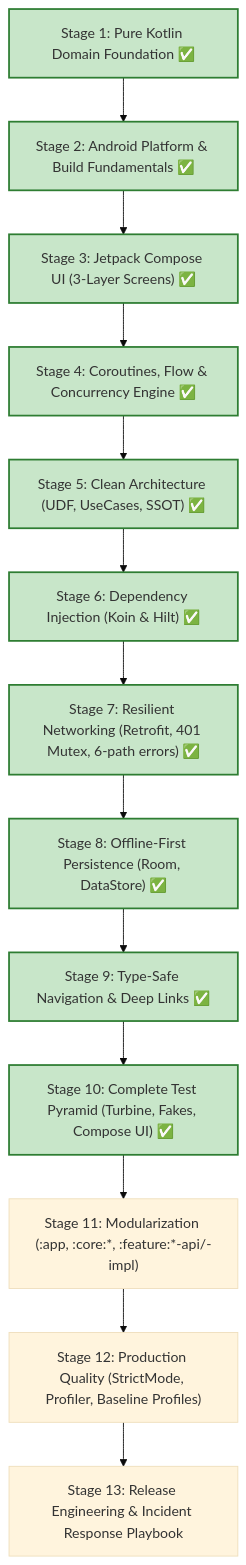
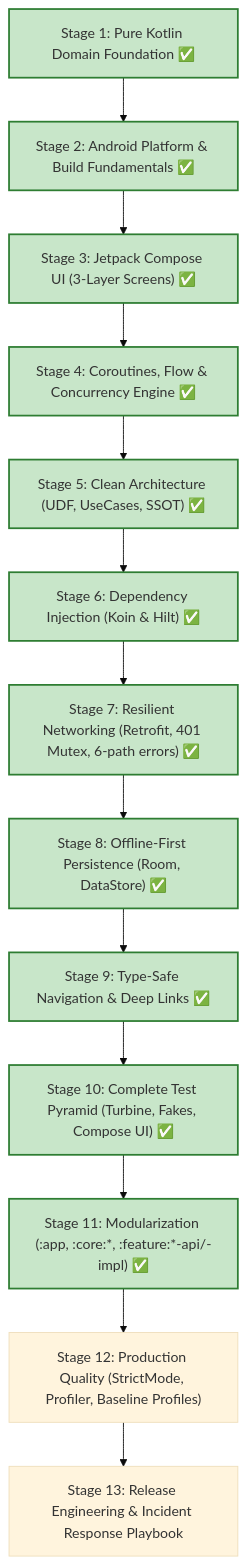
One commit to rohitlavate97/android-development changed the first of 2 diagrams in enterprise-finance-tracker-real-time-app/README.md. Above: the diagram before and after it, drawn with Mermaid (base theme). The commit also changed other lines of this file and 94 other files, not shown here.

Commit message:
feat(stage-11): Refactor into multi-module architecture with :app, :core:*, and :feature:* modules

````diff
--- a/enterprise-finance-tracker-real-time-app/README.md
+++ b/enterprise-finance-tracker-real-time-app/README.md
@@ -21,26 +21,27 @@
 ```mermaid
 graph TD
     S01["Stage 1: Pure Kotlin Domain Foundation ✅"] --> S02["Stage 2: Android Platform & Build Fundamentals ✅"]
     S02 --> S03["Stage 3: Jetpack Compose UI (3-Layer Screens) ✅"]
     S03 --> S04["Stage 4: Coroutines, Flow & Concurrency Engine ✅"]
     S04 --> S05["Stage 5: Clean Architecture (UDF, UseCases, SSOT) ✅"]
     S05 --> S06["Stage 6: Dependency Injection (Koin & Hilt) ✅"]
     S06 --> S07["Stage 7: Resilient Networking (Retrofit, 401 Mutex, 6-path errors) ✅"]
     S07 --> S08["Stage 8: Offline-First Persistence (Room, DataStore) ✅"]
     S08 --> S09["Stage 9: Type-Safe Navigation & Deep Links ✅"]
     S09 --> S10["Stage 10: Complete Test Pyramid (Turbine, Fakes, Compose UI) ✅"]
-    S10 --> S11["Stage 11: Modularization (:app, :core:*, :feature:*-api/-impl)"]
+    S10 --> S11["Stage 11: Modularization (:app, :core:*, :feature:*-api/-impl) ✅"]
     S11 --> S12["Stage 12: Production Quality (StrictMode, Profiler, Baseline Profiles)"]
     S12 --> S13["Stage 13: Release Engineering & Incident Response Playbook"]
 
     style S01 fill:#c8e6c9,stroke:#2e7d32,stroke-width:2px
     style S02 fill:#c8e6c9,stroke:#2e7d32,stroke-width:2px
     style S03 fill:#c8e6c9,stroke:#2e7d32,stroke-width:2px
     style S04 fill:#c8e6c9,stroke:#2e7d32,stroke-width:2px
     style S05 fill:#c8e6c9,stroke:#2e7d32,stroke-width:2px
     style S06 fill:#c8e6c9,stroke:#2e7d32,stroke-width:2px
     style S07 fill:#c8e6c9,stroke:#2e7d32,stroke-width:2px
     style S08 fill:#c8e6c9,stroke:#2e7d32,stroke-width:2px
     style S09 fill:#c8e6c9,stroke:#2e7d32,stroke-width:2px
     style S10 fill:#c8e6c9,stroke:#2e7d32,stroke-width:2px
+    style S11 fill:#c8e6c9,stroke:#2e7d32,stroke-width:2px
 ```
````
